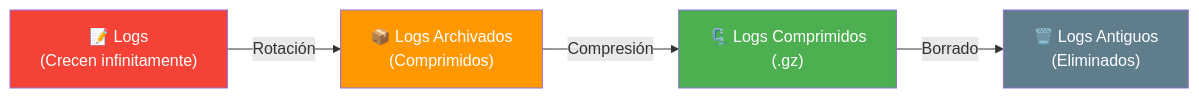
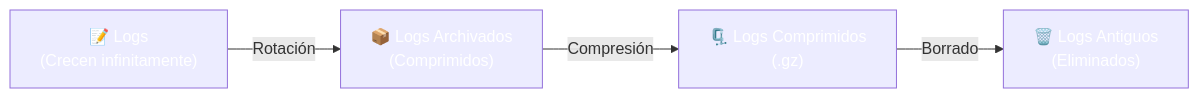
One commit to joseluisgs/DesarrolloWebEntornosServidor-01-2026-2027 changed the fifth of 5 diagrams in 10-seguridad-monitorizacion.md. Above: the diagram before and after it, drawn with Mermaid. The commit also changed other lines of this file and 66 other files, not shown here.

First line of the commit message:
fix: normalizar titulos al castellano de frase y corregir la paleta de mermaid

````diff
--- a/10-seguridad-monitorizacion.md
+++ b/10-seguridad-monitorizacion.md
@@ -383,11 +383,11 @@
 ```mermaid
 graph LR
     A["📝 Logs<br/>(Crecen infinitamente)"] -->|"Rotación"| B["📦 Logs Archivados<br/>(Comprimidos)"]
     B -->|"Compresión"| C["🗜️ Logs Comprimidos<br/>(.gz)"]
     C -->|"Borrado"| D["🗑️ Logs Antiguos<br/>(Eliminados)"]
 
-    style A fill:#f44336,color:#fff
-    style B fill:#FF9800,color:#fff
-    style C fill:#4CAF50,color:#fff
-    style D fill:#607D8B,color:#fff
+    style A fill:#f4433,color:#fff6,color:#fff
+    style B fill:#FF980,color:#fff0,color:#fff
+    style C fill:#4CAF5,color:#fff0,color:#fff
+    style D fill:#607D8,color:#fffB,color:#fff
 ```
````
